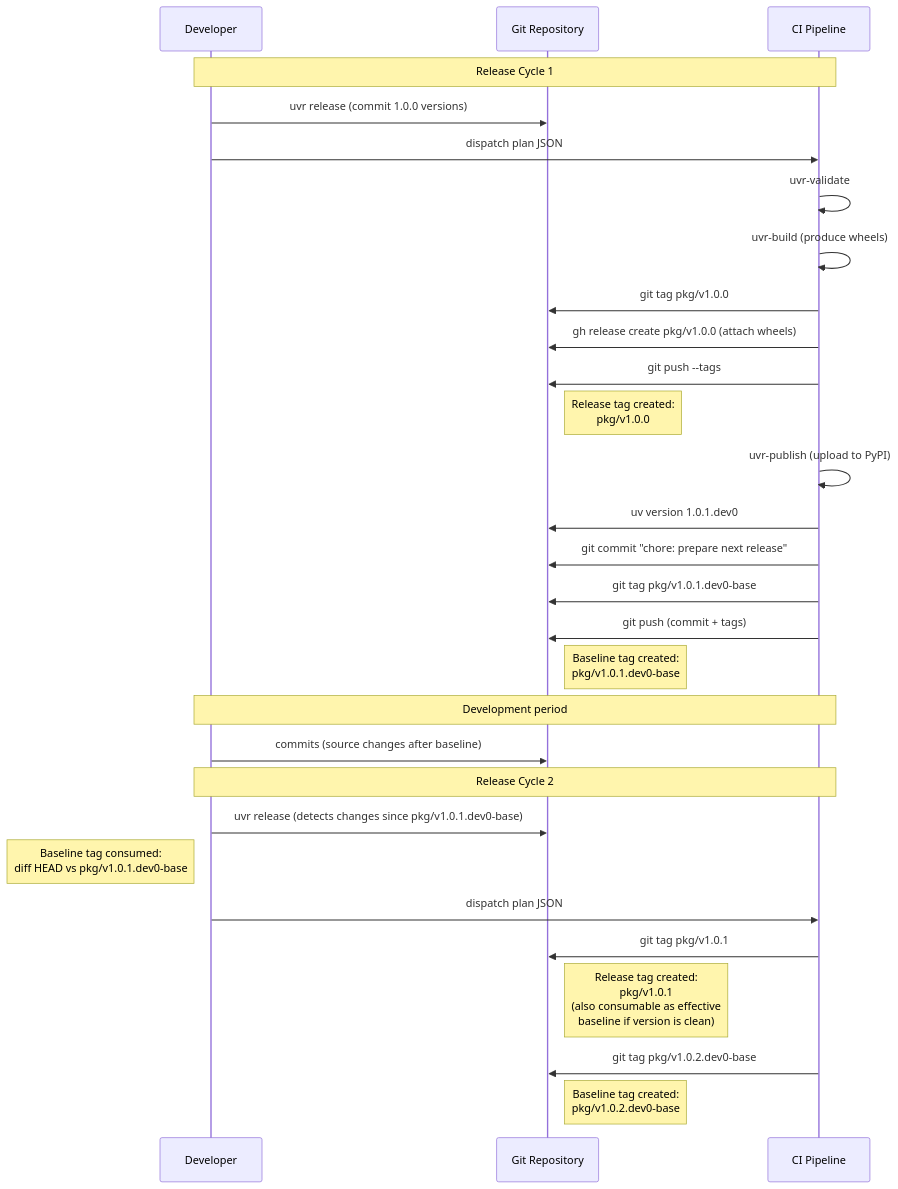
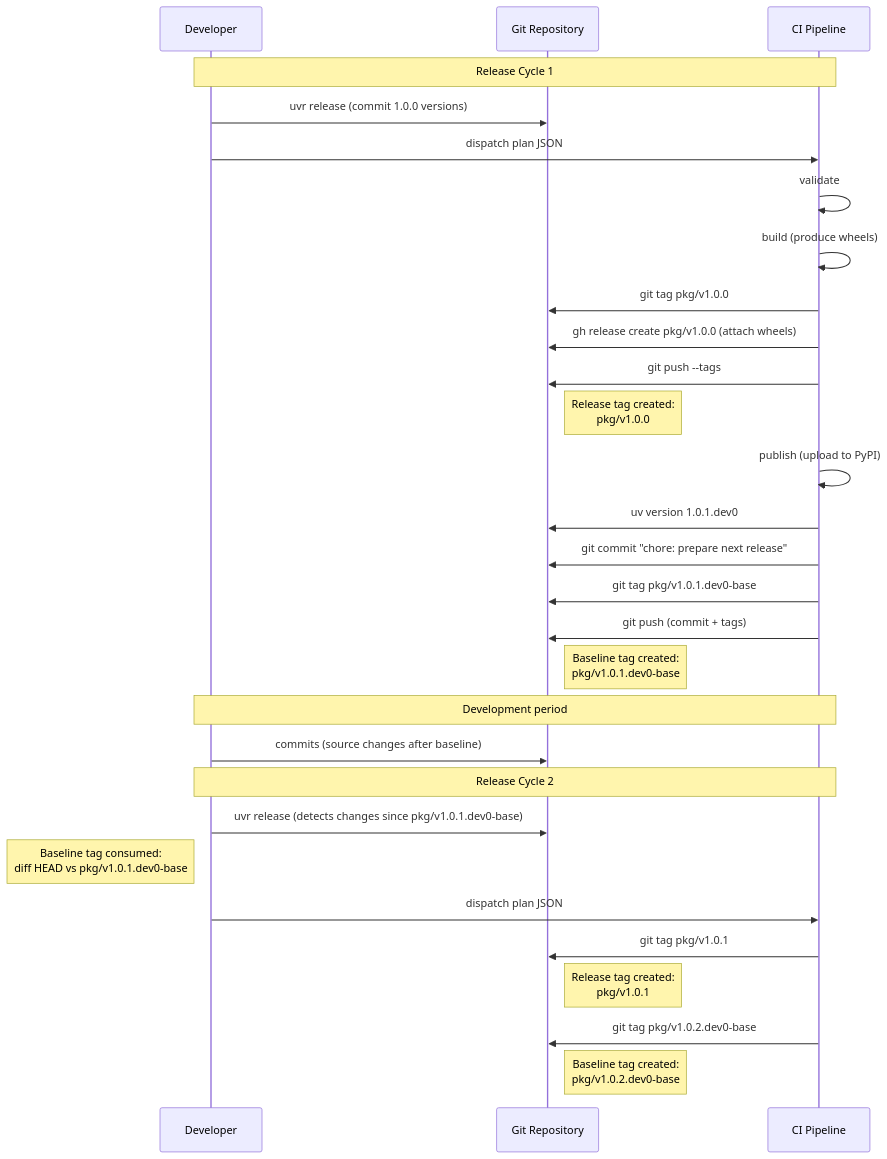
Before and after one commit to tylerpayne/uv-release-monorepo: the tenth of 10 diagrams in docs/under-the-hood/package-states.md, drawn with Mermaid. The commit also changed other lines of this file and 57 other files, not shown here.

````diff
--- a/docs/under-the-hood/package-states.md
+++ b/docs/under-the-hood/package-states.md
@@ -952,44 +718,44 @@
 ```mermaid
 sequenceDiagram
     participant Dev as Developer
     participant Repo as Git Repository
     participant CI as CI Pipeline
 
     Note over Dev,CI: Release Cycle 1
 
     Dev->>Repo: uvr release (commit 1.0.0 versions)
     Dev->>CI: dispatch plan JSON
 
-    CI->>CI: uvr-validate
-    CI->>CI: uvr-build (produce wheels)
+    CI->>CI: validate
+    CI->>CI: build (produce wheels)
 
     CI->>Repo: git tag pkg/v1.0.0
     CI->>Repo: gh release create pkg/v1.0.0 (attach wheels)
     CI->>Repo: git push --tags
     Note right of Repo: Release tag created:<br/>pkg/v1.0.0
 
-    CI->>CI: uvr-publish (upload to PyPI)
+    CI->>CI: publish (upload to PyPI)
 
     CI->>Repo: uv version 1.0.1.dev0
     CI->>Repo: git commit "chore: prepare next release"
     CI->>Repo: git tag pkg/v1.0.1.dev0-base
     CI->>Repo: git push (commit + tags)
     Note right of Repo: Baseline tag created:<br/>pkg/v1.0.1.dev0-base
 
     Note over Dev,CI: Development period
 
     Dev->>Repo: commits (source changes after baseline)
 
     Note over Dev,CI: Release Cycle 2
 
     Dev->>Repo: uvr release (detects changes since pkg/v1.0.1.dev0-base)
     Note left of Dev: Baseline tag consumed:<br/>diff HEAD vs pkg/v1.0.1.dev0-base
 
     Dev->>CI: dispatch plan JSON
 
     CI->>Repo: git tag pkg/v1.0.1
-    Note right of Repo: Release tag created:<br/>pkg/v1.0.1<br/>(also consumable as effective<br/>baseline if version is clean)
+    Note right of Repo: Release tag created:<br/>pkg/v1.0.1
 
     CI->>Repo: git tag pkg/v1.0.2.dev0-base
     Note right of Repo: Baseline tag created:<br/>pkg/v1.0.2.dev0-base
 ```
````
